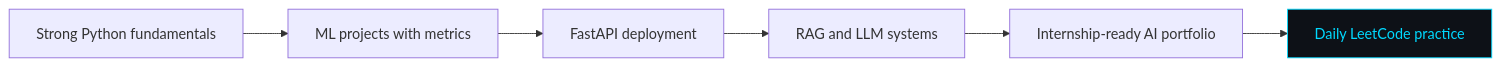
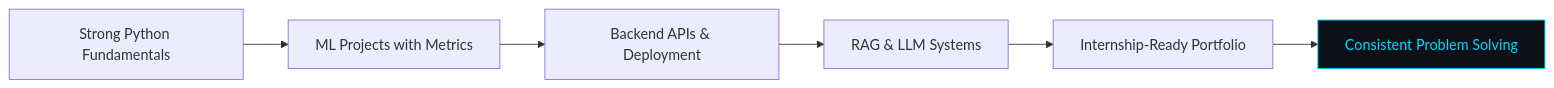
Before and after one commit to anshxgaur/anshxgaur: the diagram in readme.md, drawn with Mermaid. The commit also changed other lines of this file, not shown here.

````diff
--- a/readme.md
+++ b/readme.md
@@ -342,9 +490,10 @@
 ```mermaid
 flowchart LR
-    A[Strong Python fundamentals] --> B[ML projects with metrics]
-    B --> C[FastAPI deployment]
-    C --> D[RAG and LLM systems]
-    D --> E[Internship-ready AI portfolio]
-    E --> F[Daily LeetCode practice]
+    A[Strong Python Fundamentals] --> B[ML Projects with Metrics]
+    B --> C[Backend APIs & Deployment]
+    C --> D[RAG & LLM Systems]
+    D --> E[Internship-Ready Portfolio]
+    E --> F[Consistent Problem Solving]
+
     style F fill:#0D1117,stroke:#00D9FF,color:#00D9FF
 ```
````
